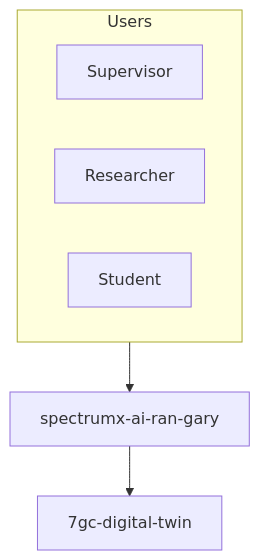
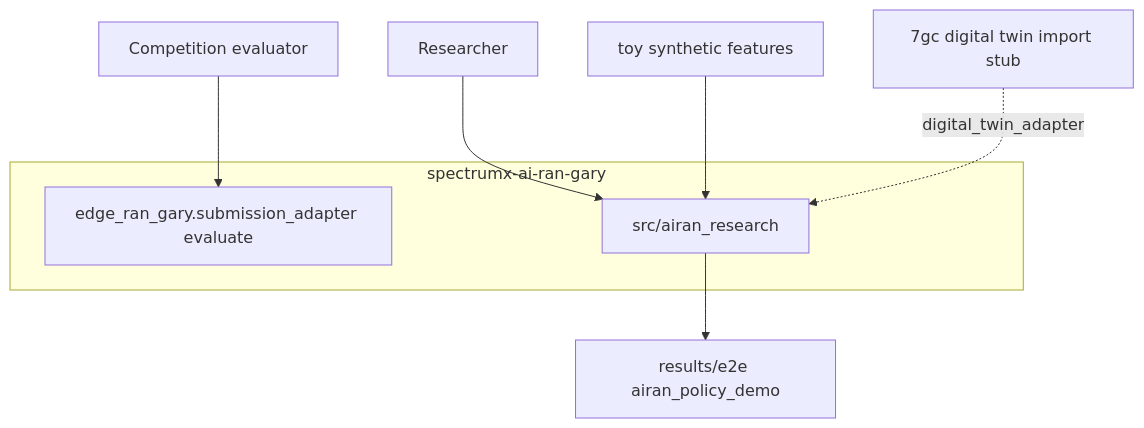
Before and after one commit to gunnchOS3k/spectrumx-ai-ran-gary: the diagram in docs/diagrams/context.mmd, drawn with Mermaid. The commit also changed 28 other files, not shown here.

First line of the commit message:
Issue audit pass: repo-specific diagrams, review-ready papers, ISSUE_AUDIT

```diff
--- a/docs/diagrams/context.mmd
+++ b/docs/diagrams/context.mmd
@@ -1,10 +1,14 @@
 flowchart TB
-  subgraph users [Users]
-    SUP[Supervisor]
-    RES[Researcher]
-    STU[Student]
+  RES[Researcher]
+  COMP[Competition evaluator]
+  subgraph SYS[spectrumx-ai-ran-gary]
+    EVAL[edge_ran_gary.submission_adapter evaluate]
+    AIR[src/airan_research]
   end
-  SYS[spectrumx-ai-ran-gary]
-  TWIN[7gc-digital-twin]
-  users --> SYS
-  SYS --> TWIN
+  SYN[toy synthetic features]
+  DT[7gc digital twin import stub]
+  RES --> AIR
+  COMP --> EVAL
+  SYN --> AIR
+  DT -.digital_twin_adapter.-> AIR
+  AIR --> OUT[results/e2e airan_policy_demo]
```
